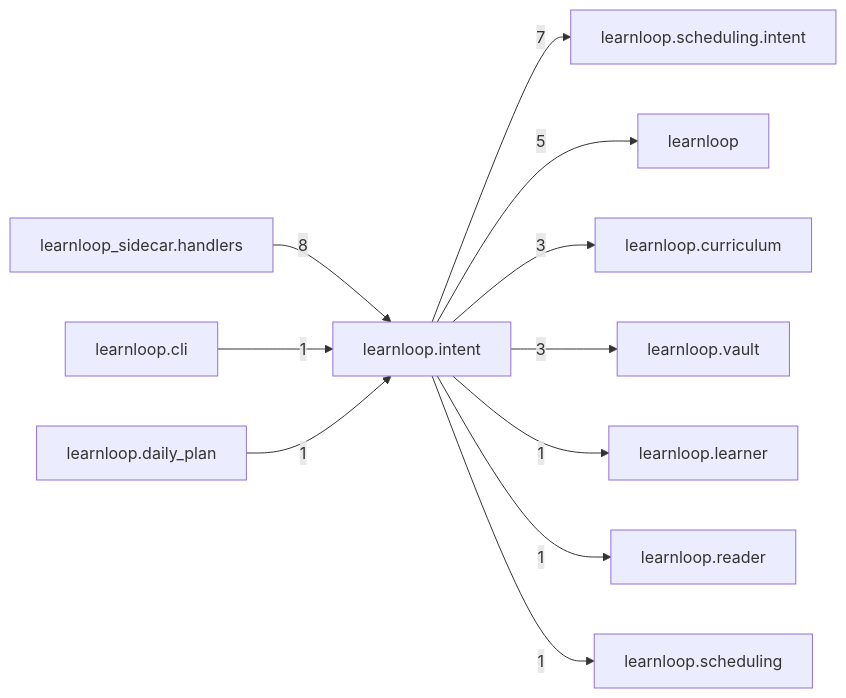
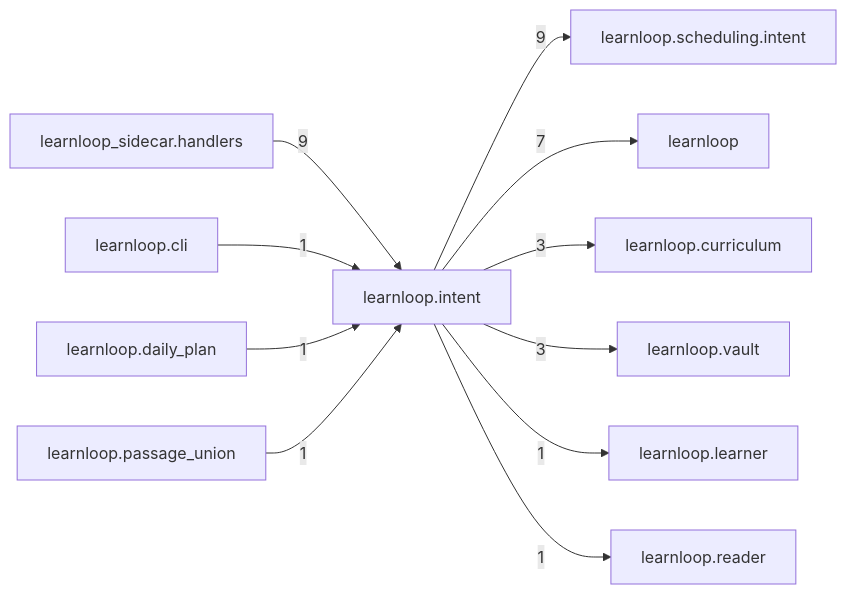
One commit to 6up-b/learnanything changed the diagram in docs/learnloop-architecture-vault/Reference/Modules/learnloop/intent/_package.md. Above: the diagram before and after it, drawn with Mermaid. The commit also changed other lines of this file and 122 other files, not shown here.

````diff
--- a/docs/learnloop-architecture-vault/Reference/Modules/learnloop/intent/_package.md
+++ b/docs/learnloop-architecture-vault/Reference/Modules/learnloop/intent/_package.md
@@ -78,24 +81,24 @@
 ```mermaid
 flowchart LR
     center["learnloop.intent"]
+    n_learnloop_scheduling_intent["learnloop.scheduling.intent"]
     n_learnloop_sidecar_handlers["learnloop_sidecar.handlers"]
-    n_learnloop_scheduling_intent["learnloop.scheduling.intent"]
     n_learnloop["learnloop"]
     n_learnloop_curriculum["learnloop.curriculum"]
     n_learnloop_vault["learnloop.vault"]
     n_learnloop_cli["learnloop.cli"]
     n_learnloop_daily_plan["learnloop.daily_plan"]
     n_learnloop_learner["learnloop.learner"]
+    n_learnloop_passage_union["learnloop.passage_union"]
     n_learnloop_reader["learnloop.reader"]
-    n_learnloop_scheduling["learnloop.scheduling"]
-    n_learnloop_sidecar_handlers -->|8| center
-    center -->|7| n_learnloop_scheduling_intent
-    center -->|5| n_learnloop
+    center -->|9| n_learnloop_scheduling_intent
+    n_learnloop_sidecar_handlers -->|9| center
+    center -->|7| n_learnloop
     center -->|3| n_learnloop_curriculum
     center -->|3| n_learnloop_vault
     n_learnloop_cli -->|1| center
     n_learnloop_daily_plan -->|1| center
     center -->|1| n_learnloop_learner
+    n_learnloop_passage_union -->|1| center
     center -->|1| n_learnloop_reader
-    center -->|1| n_learnloop_scheduling
 ```
````
